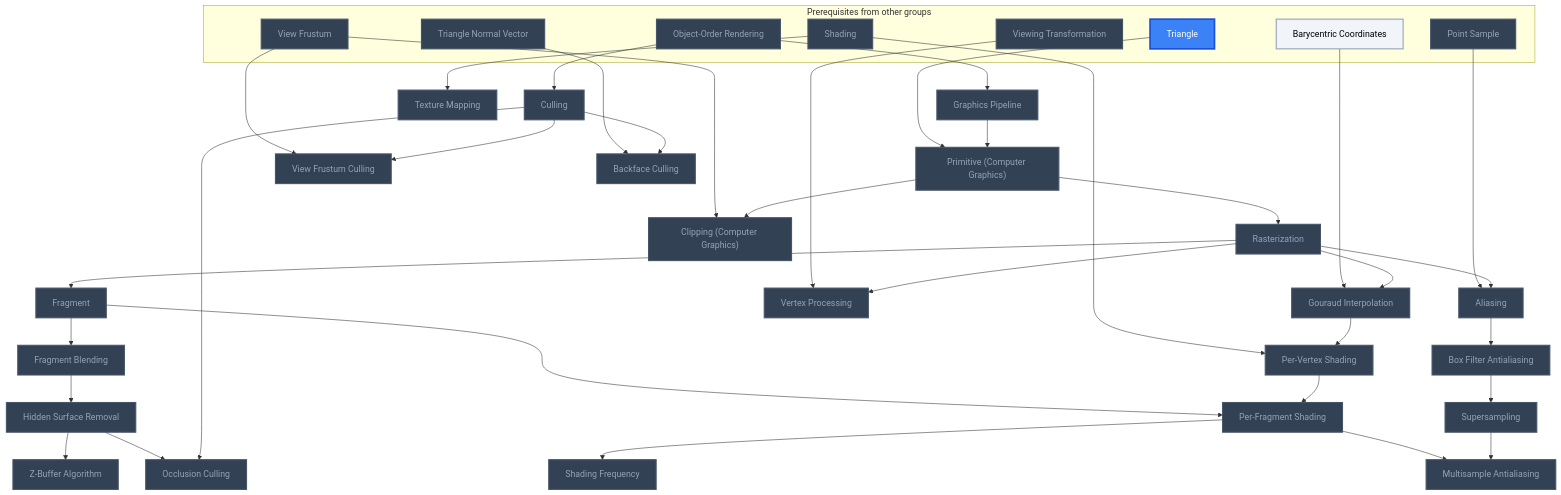
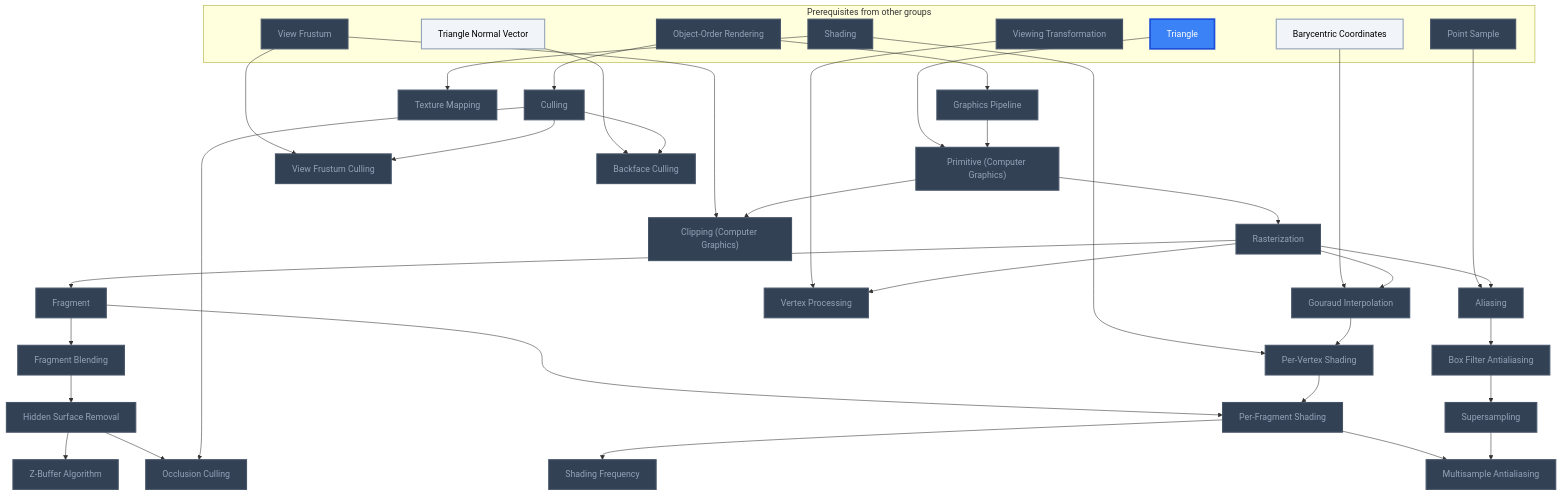
Before and after one commit to MRauf1/My-Notes: the sixth of 7 diagrams in Gamification/Skill Trees/Computer Graphics.md, drawn with Mermaid. The commit also changed other lines of this file and 145 other files, not shown here.

````diff
--- a/Gamification/Skill Trees/Computer Graphics.md
+++ b/Gamification/Skill Trees/Computer Graphics.md
@@ -318,81 +319,81 @@
 ```mermaid
 flowchart TD
     classDef planned fill:#1E293B,stroke:#64748B,stroke-width:2px,stroke-dasharray:5 5,color:#94A3B8;
     classDef locked fill:#334155,stroke:#475569,stroke-width:2px,color:#94A3B8;
     classDef L0 fill:#F1F5F9,stroke:#94A3B8,stroke-width:2px,color:#000000;
     classDef L1 fill:#22C55E,stroke:#15803D,stroke-width:2px,color:#000000;
     classDef L2 fill:#3B82F6,stroke:#1D4ED8,stroke-width:3px,color:#FFFFFF;
     classDef L3 fill:#A855F7,stroke:#6B21A8,stroke-width:3px,color:#FFFFFF,font-weight:bold;
     classDef L4 fill:#F97316,stroke:#C2410C,stroke-width:4px,color:#000000,font-weight:bold;
     classDef L5 fill:#FFD700,stroke:#FF8C00,stroke-width:5px,color:#000000,font-weight:bold;
     classDef rusty stroke:#8B4513,stroke-width:4px,stroke-dasharray:3 3;
     subgraph sg_prereqs["Prerequisites from other groups"]
         n_object_order_rendering["Object-Order Rendering"]
         n_triangle["Triangle"]
         n_barycentric_coordinates["Barycentric Coordinates"]
         n_view_frustum["View Frustum"]
         n_viewing_transformation["Viewing Transformation"]
         n_shading["Shading"]
         n_point_sample["Point Sample"]
         n_triangle_normal_vector["Triangle Normal Vector"]
     end
     n_graphics_pipeline["Graphics Pipeline"]
     n_primitive_computer_graphics["Primitive (Computer Graphics)"]
     n_rasterization["Rasterization"]
     n_fragment["Fragment"]
     n_gouraud_interpolation["Gouraud Interpolation"]
     n_clipping_computer_graphics["Clipping (Computer Graphics)"]
     n_vertex_processing["Vertex Processing"]
     n_fragment_blending["Fragment Blending"]
     n_hidden_surface_removal["Hidden Surface Removal"]
     n_z_buffer_algorithm["Z-Buffer Algorithm"]
     n_per_vertex_shading["Per-Vertex Shading"]
     n_per_fragment_shading["Per-Fragment Shading"]
     n_shading_frequency["Shading Frequency"]
     n_texture_mapping["Texture Mapping"]
     n_aliasing["Aliasing"]
     n_box_filter_antialiasing["Box Filter Antialiasing"]
     n_supersampling["Supersampling"]
     n_multisample_antialiasing["Multisample Antialiasing"]
     n_culling["Culling"]
     n_view_frustum_culling["View Frustum Culling"]
     n_occlusion_culling["Occlusion Culling"]
     n_backface_culling["Backface Culling"]
     n_object_order_rendering --> n_graphics_pipeline
     n_triangle --> n_primitive_computer_graphics
     n_graphics_pipeline --> n_primitive_computer_graphics
     n_primitive_computer_graphics --> n_rasterization
     n_rasterization --> n_fragment
     n_barycentric_coordinates --> n_gouraud_interpolation
     n_rasterization --> n_gouraud_interpolation
     n_view_frustum --> n_clipping_computer_graphics
     n_primitive_computer_graphics --> n_clipping_computer_graphics
     n_viewing_transformation --> n_vertex_processing
     n_rasterization --> n_vertex_processing
     n_fragment --> n_fragment_blending
     n_fragment_blending --> n_hidden_surface_removal
     n_hidden_surface_removal --> n_z_buffer_algorithm
     n_shading --> n_per_vertex_shading
     n_gouraud_interpolation --> n_per_vertex_shading
     n_fragment --> n_per_fragment_shading
     n_per_vertex_shading --> n_per_fragment_shading
     n_per_fragment_shading --> n_shading_frequency
     n_shading --> n_texture_mapping
     n_point_sample --> n_aliasing
     n_rasterization --> n_aliasing
     n_aliasing --> n_box_filter_antialiasing
     n_box_filter_antialiasing --> n_supersampling
     n_per_fragment_shading --> n_multisample_antialiasing
     n_supersampling --> n_multisample_antialiasing
     n_object_order_rendering --> n_culling
     n_view_frustum --> n_view_frustum_culling
     n_culling --> n_view_frustum_culling
     n_hidden_surface_removal --> n_occlusion_culling
     n_culling --> n_occlusion_culling
     n_triangle_normal_vector --> n_backface_culling
     n_culling --> n_backface_culling
-    class n_object_order_rendering,n_view_frustum,n_viewing_transformation,n_shading,n_point_sample,n_triangle_normal_vector,n_graphics_pipeline,n_primitive_computer_graphics,n_rasterization,n_fragment,n_gouraud_interpolation,n_clipping_computer_graphics,n_vertex_processing,n_fragment_blending,n_hidden_surface_removal,n_z_buffer_algorithm,n_per_vertex_shading,n_per_fragment_shading,n_shading_frequency,n_texture_mapping,n_aliasing,n_box_filter_antialiasing,n_supersampling,n_multisample_antialiasing,n_culling,n_view_frustum_culling,n_occlusion_culling,n_backface_culling locked;
-    class n_barycentric_coordinates L0;
+    class n_object_order_rendering,n_view_frustum,n_viewing_transformation,n_shading,n_point_sample,n_graphics_pipeline,n_primitive_computer_graphics,n_rasterization,n_fragment,n_gouraud_interpolation,n_clipping_computer_graphics,n_vertex_processing,n_fragment_blending,n_hidden_surface_removal,n_z_buffer_algorithm,n_per_vertex_shading,n_per_fragment_shading,n_shading_frequency,n_texture_mapping,n_aliasing,n_box_filter_antialiasing,n_supersampling,n_multisample_antialiasing,n_culling,n_view_frustum_culling,n_occlusion_culling,n_backface_culling locked;
+    class n_barycentric_coordinates,n_triangle_normal_vector L0;
     class n_triangle L2;
     class n_object_order_rendering,n_triangle,n_barycentric_coordinates,n_view_frustum,n_viewing_transformation,n_shading,n_point_sample,n_triangle_normal_vector,n_graphics_pipeline,n_primitive_computer_graphics,n_rasterization,n_fragment,n_gouraud_interpolation,n_clipping_computer_graphics,n_vertex_processing,n_fragment_blending,n_hidden_surface_removal,n_z_buffer_algorithm,n_per_vertex_shading,n_per_fragment_shading,n_shading_frequency,n_texture_mapping,n_aliasing,n_box_filter_antialiasing,n_supersampling,n_multisample_antialiasing,n_culling,n_view_frustum_culling,n_occlusion_culling,n_backface_culling internal-link;
 ```
````
